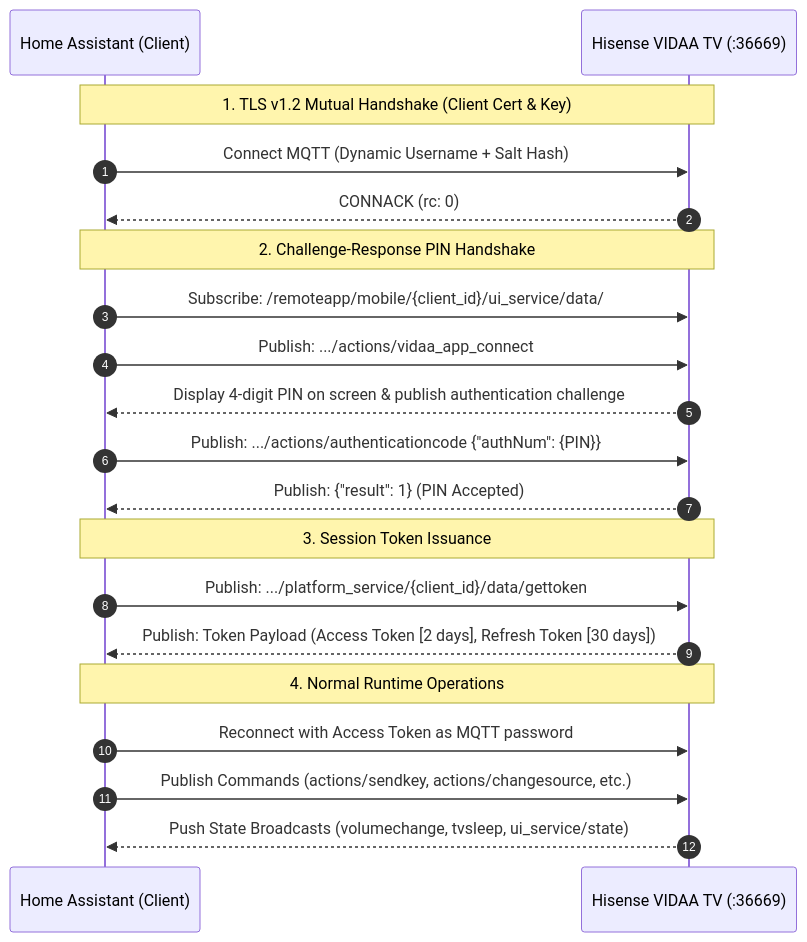
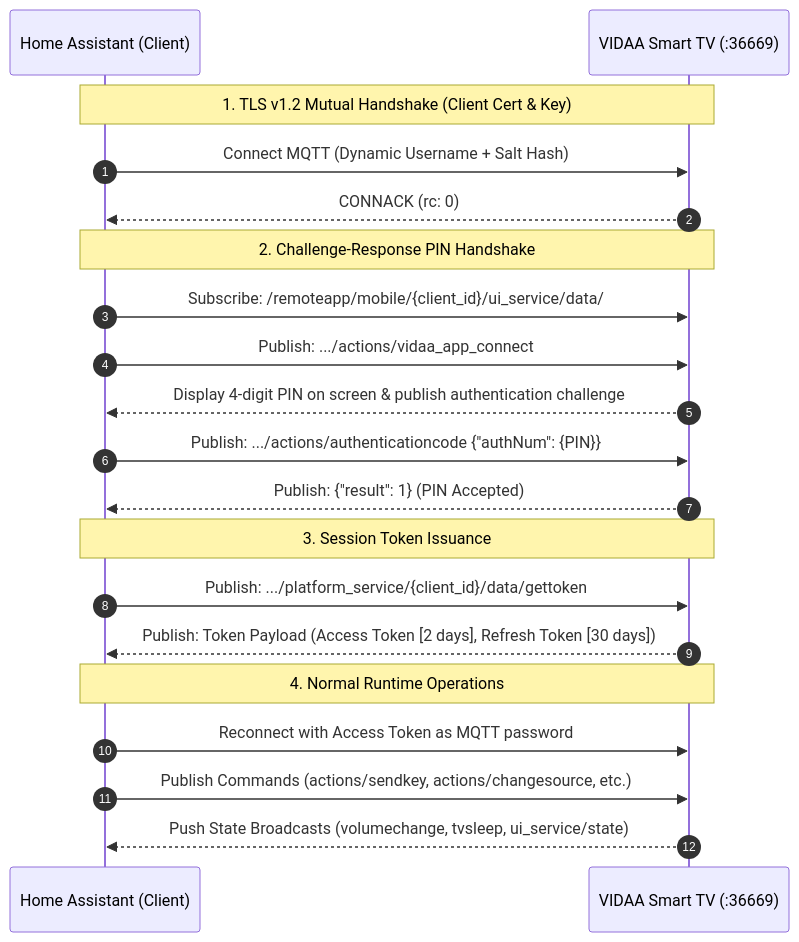
One commit to stevene1919/hisense_vidaa changed the first of 3 diagrams in docs/protocol_architecture.md. Above: the diagram before and after it, drawn with Mermaid. The commit also changed other lines of this file and 18 other files, not shown here.

Commit message:
docs: update documentation, guides, and i18n readmes for VIDAA Smart TV rebrand

````diff
--- a/docs/protocol_architecture.md
+++ b/docs/protocol_architecture.md
@@ -18,26 +18,26 @@
 ```mermaid
 sequenceDiagram
     autonumber
     participant HA as Home Assistant (Client)
-    participant TV as Hisense VIDAA TV (:36669)
+    participant TV as VIDAA Smart TV (:36669)
     
     Note over HA,TV: 1. TLS v1.2 Mutual Handshake (Client Cert & Key)
     HA->>TV: Connect MQTT (Dynamic Username + Salt Hash)
     TV-->>HA: CONNACK (rc: 0)
     
     Note over HA,TV: 2. Challenge-Response PIN Handshake
     HA->>TV: Subscribe: /remoteapp/mobile/{client_id}/ui_service/data/#
     HA->>TV: Publish: .../actions/vidaa_app_connect
     TV-->>HA: Display 4-digit PIN on screen & publish authentication challenge
     HA->>TV: Publish: .../actions/authenticationcode {"authNum": {PIN}}
     TV-->>HA: Publish: {"result": 1} (PIN Accepted)
     
     Note over HA,TV: 3. Session Token Issuance
     HA->>TV: Publish: .../platform_service/{client_id}/data/gettoken
     TV-->>HA: Publish: Token Payload (Access Token [2 days], Refresh Token [30 days])
     
     Note over HA,TV: 4. Normal Runtime Operations
     HA->>TV: Reconnect with Access Token as MQTT password
     HA->>TV: Publish Commands (actions/sendkey, actions/changesource, etc.)
     TV-->>HA: Push State Broadcasts (volumechange, tvsleep, ui_service/state)
 ```
````
